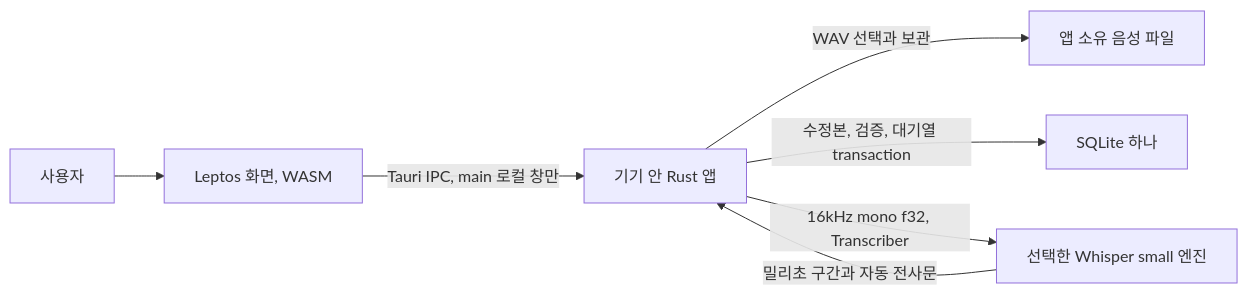
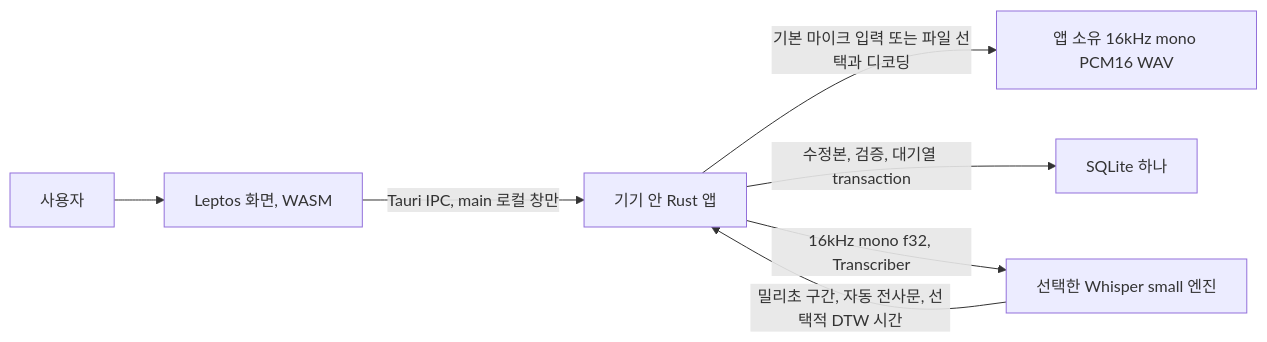
Before and after one commit to guny524/seamone: the diagram in README.md, drawn with Mermaid. The commit also changed other lines of this file and 47 other files, not shown here.

````diff
--- a/README.md
+++ b/README.md
@@ -21,9 +38,9 @@
 ```mermaid
 graph LR
   User[사용자] --> UI[Leptos 화면, WASM]
   UI -->|Tauri IPC, main 로컬 창만| Native[기기 안 Rust 앱]
-  Native -->|WAV 선택과 보관| Audio[앱 소유 음성 파일]
+  Native -->|기본 마이크 입력 또는 파일 선택과 디코딩| Audio[앱 소유 16kHz mono PCM16 WAV]
   Native -->|수정본, 검증, 대기열 transaction| DB[SQLite 하나]
   Native -->|16kHz mono f32, Transcriber| ASR[선택한 Whisper small 엔진]
-  ASR -->|밀리초 구간과 자동 전사문| Native
+  ASR -->|밀리초 구간, 자동 전사문, 선택적 DTW 시간| Native
 ```
````
